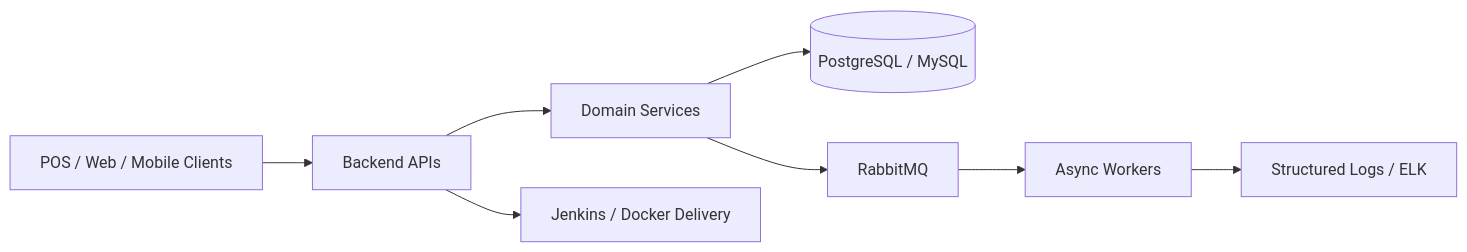
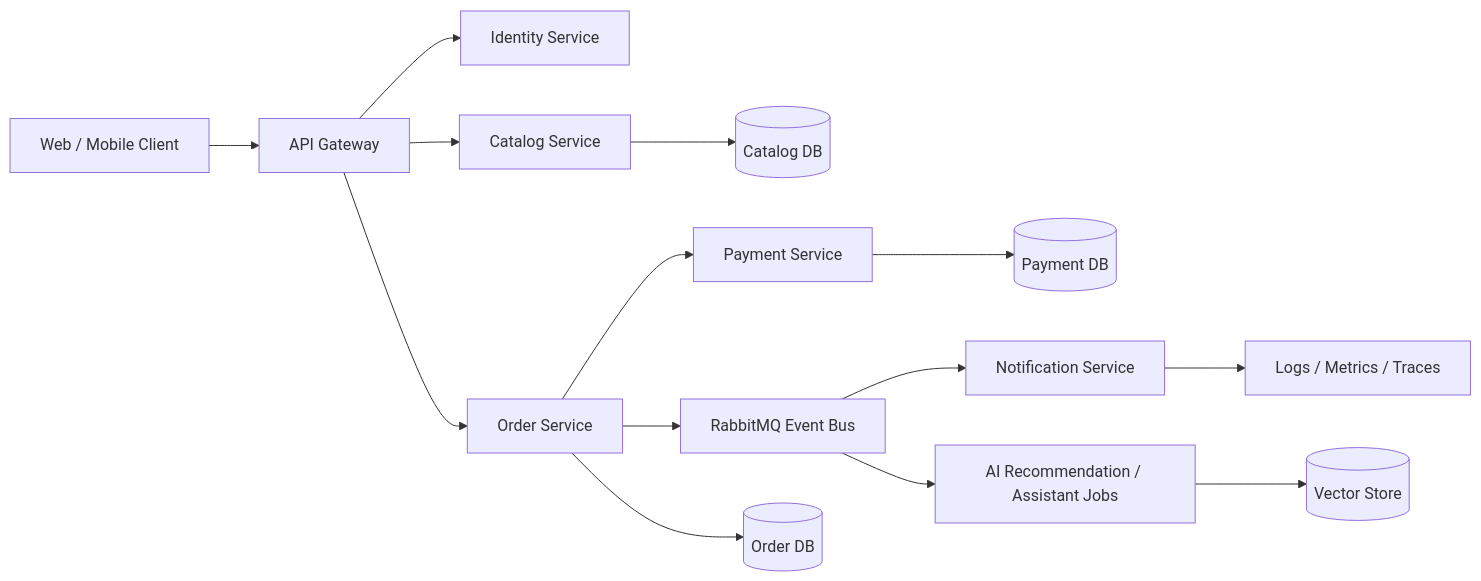
Before and after one commit to burhancabiroglu/burhancabiroglu: the diagram in README.md, drawn with Mermaid. The commit also changed other lines of this file and 2 other files, not shown here.

````diff
--- a/README.md
+++ b/README.md
@@ -41,10 +47,16 @@
 ```mermaid
 flowchart LR
-    Client["POS / Web / Mobile Clients"] --> API["Backend APIs"]
-    API --> Domain["Domain Services"]
-    Domain --> DB[("PostgreSQL / MySQL")]
-    Domain --> MQ["RabbitMQ"]
-    MQ --> Workers["Async Workers"]
-    Workers --> Observability["Structured Logs / ELK"]
-    API --> CI["Jenkins / Docker Delivery"]
+    Web["Web / Mobile Client"] --> Gateway["API Gateway"]
+    Gateway --> Identity["Identity Service"]
+    Gateway --> Catalog["Catalog Service"]
+    Gateway --> Order["Order Service"]
+    Order --> Payment["Payment Service"]
+    Order --> MQ["RabbitMQ Event Bus"]
+    MQ --> Notification["Notification Service"]
+    MQ --> AI["AI Recommendation / Assistant Jobs"]
+    Catalog --> CatalogDb[("Catalog DB")]
+    Order --> OrderDb[("Order DB")]
+    Payment --> PaymentDb[("Payment DB")]
+    AI --> Vector[("Vector Store")]
+    Notification --> Observability["Logs / Metrics / Traces"]
 ```
````
